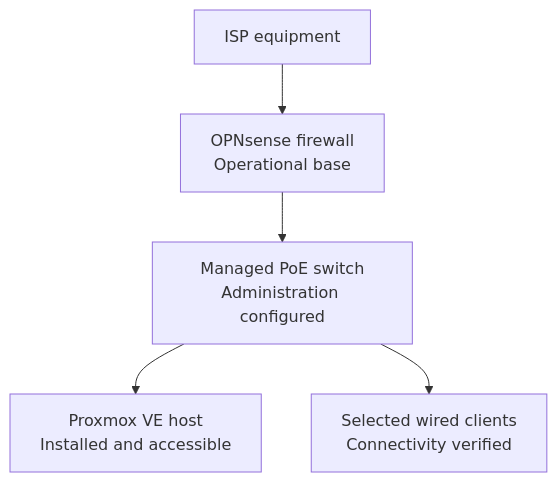
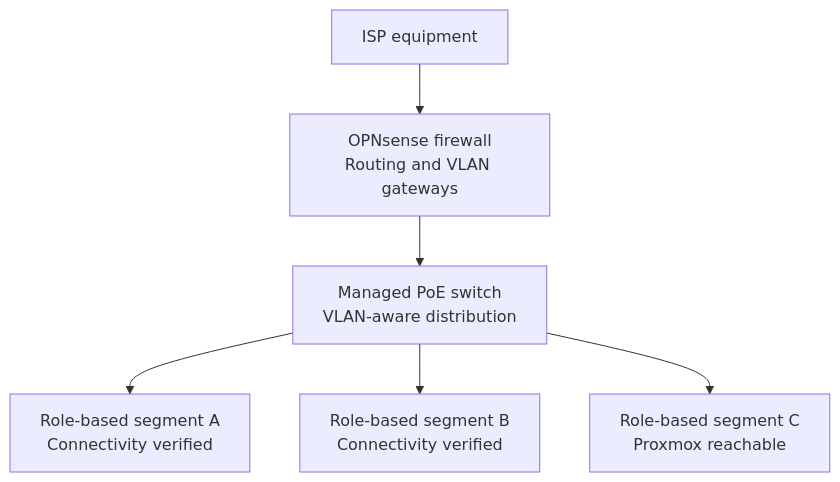
The first of 3 diagrams in docs/architecture.md (DeadPol8789/homelab), drawn with Mermaid before and after one commit. The commit also changed other lines of this file and 9 other files, not shown here.

````diff
--- a/docs/architecture.md
+++ b/docs/architecture.md
@@ -19,7 +19,8 @@
 ```mermaid
 flowchart TD
-    ISP["ISP equipment"] --> FW["OPNsense firewall<br/>Operational base"]
-    FW --> SW["Managed PoE switch<br/>Administration configured"]
-    SW --> PVE["Proxmox VE host<br/>Installed and accessible"]
-    SW --> CLIENT["Selected wired clients<br/>Connectivity verified"]
+    ISP["ISP equipment"] --> FW["OPNsense firewall<br/>Routing and VLAN gateways"]
+    FW --> SW["Managed PoE switch<br/>VLAN-aware distribution"]
+    SW --> SEG_A["Role-based segment A<br/>Connectivity verified"]
+    SW --> SEG_B["Role-based segment B<br/>Connectivity verified"]
+    SW --> SEG_C["Role-based segment C<br/>Proxmox reachable"]
 ```
````
